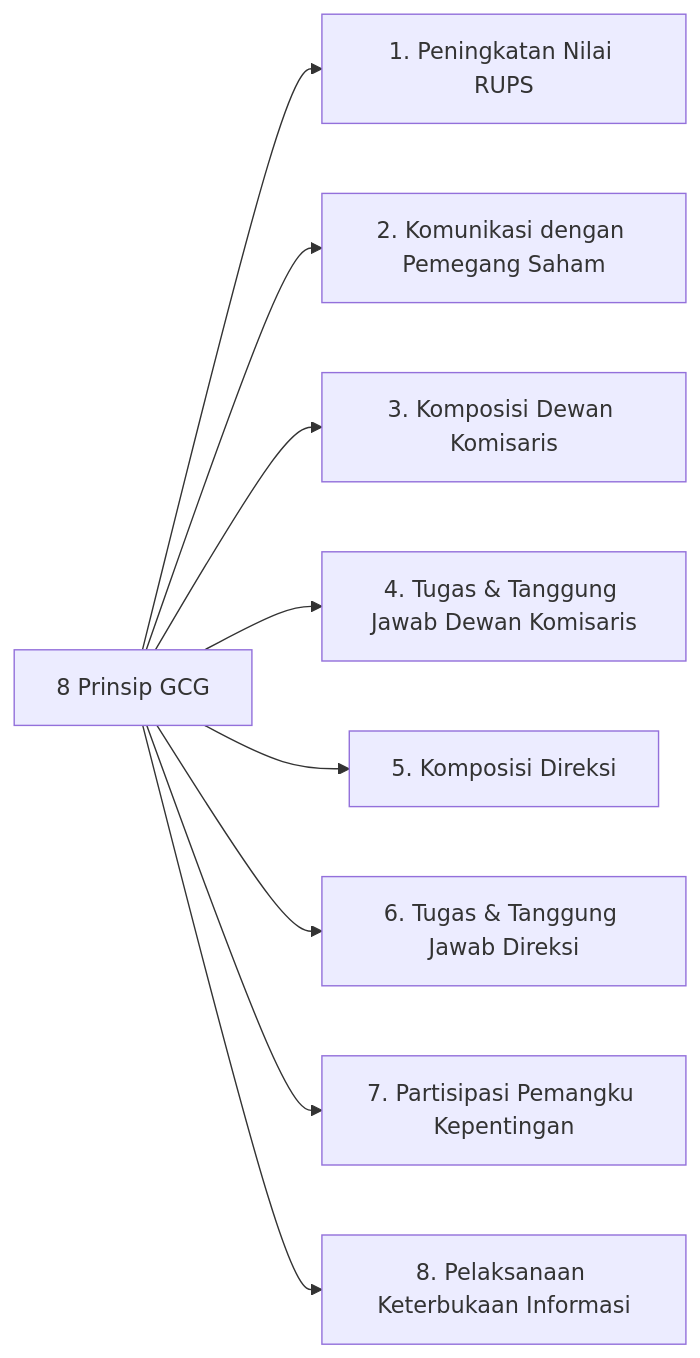
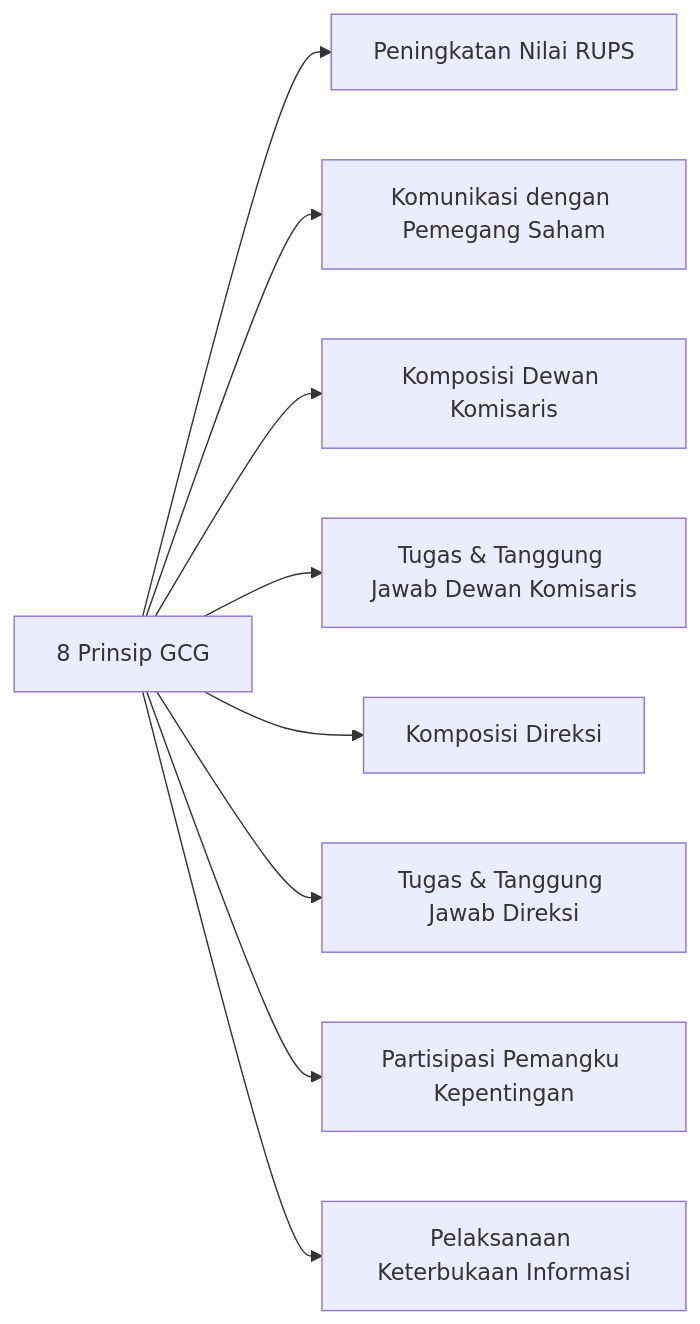
The sixth of 12 diagrams in content/Lectures/uas-pasmod.md (hifdzimaulana/beate-vivere), drawn with Mermaid before and after one commit. The commit also changed other lines of this file, not shown here.

````diff
--- a/content/Lectures/uas-pasmod.md
+++ b/content/Lectures/uas-pasmod.md
@@ -530,11 +530,11 @@
 ```mermaid
 graph LR
-    A[8 Prinsip GCG] --> B[1. Peningkatan Nilai RUPS]
-    A --> C[2. Komunikasi dengan Pemegang Saham]
-    A --> D[3. Komposisi Dewan Komisaris]
-    A --> E[4. Tugas & Tanggung Jawab Dewan Komisaris]
-    A --> F[5. Komposisi Direksi]
-    A --> G[6. Tugas & Tanggung Jawab Direksi]
-    A --> H[7. Partisipasi Pemangku Kepentingan]
-    A --> I[8. Pelaksanaan Keterbukaan Informasi]
+    A[8 Prinsip GCG] --> B[Peningkatan Nilai RUPS]
+    A --> C[Komunikasi dengan Pemegang Saham]
+    A --> D[Komposisi Dewan Komisaris]
+    A --> E[Tugas & Tanggung Jawab Dewan Komisaris]
+    A --> F[Komposisi Direksi]
+    A --> G[Tugas & Tanggung Jawab Direksi]
+    A --> H[Partisipasi Pemangku Kepentingan]
+    A --> I[Pelaksanaan Keterbukaan Informasi]
 ```
````
